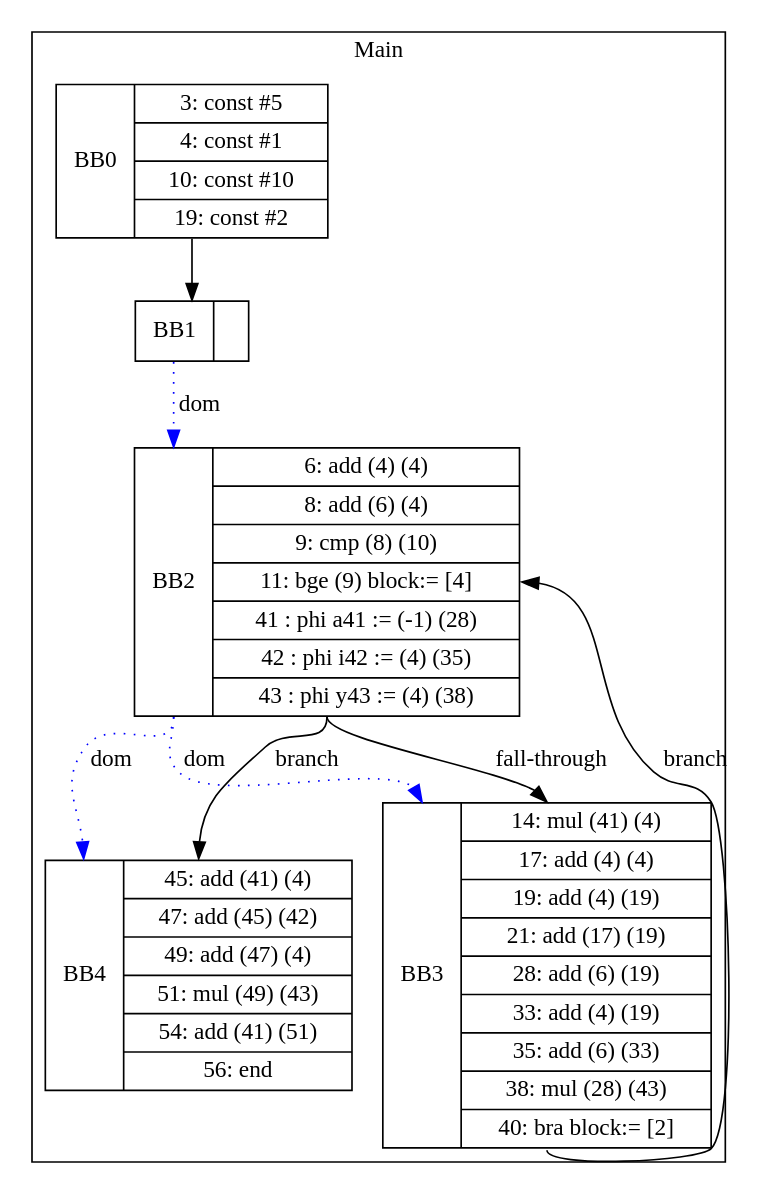
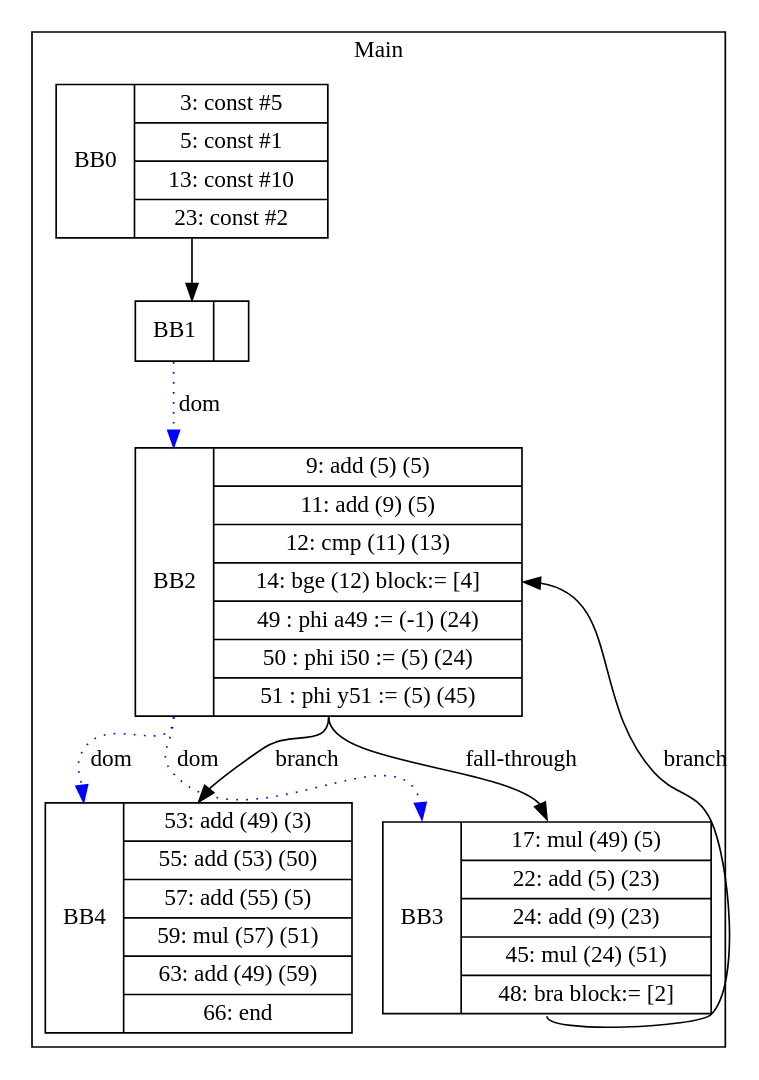
The diagram in visualization/Ricky/whileTests/chainedCSEWhileUninitBody.gv (zjc664656505/UCI-CS241-Advanced-Compiler-main), drawn with Graphviz before and after one commit. The commit also changed 40 other files, not shown here.

```diff
--- a/visualization/Ricky/whileTests/chainedCSEWhileUninitBody.gv
+++ b/visualization/Ricky/whileTests/chainedCSEWhileUninitBody.gv
@@ -1,18 +1,18 @@
 digraph G {
 node [shape=record];
 subgraph cluster_main{
 label = "Main";
-BB0 [shape=record, label="<b>BB0|{3: const #5|4: const #1|10: const #10|19: const #2}"];
+BB0 [shape=record, label="<b>BB0|{3: const #5|5: const #1|13: const #10|23: const #2}"];
 BB1 [shape=record, label="<b>BB1|}"];
-BB2 [shape=record, label="<b>BB2|{6: add (4) (4)|8: add (6) (4)|9: cmp (8) (10)|11: bge (9) block:= [4]|41 : phi a41 := (-1) (28)|42 : phi i42 := (4) (35)|43 : phi y43 := (4) (38)}"];
-BB3 [shape=record, label="<b>BB3|{14: mul (41) (4)|17: add (4) (4)|19: add (4) (19)|21: add (17) (19)|28: add (6) (19)|33: add (4) (19)|35: add (6) (33)|38: mul (28) (43)|40: bra block:= [2]}"];
-BB4 [shape=record, label="<b>BB4|{45: add (41) (4)|47: add (45) (42)|49: add (47) (4)|51: mul (49) (43)|54: add (41) (51)|56: end}"];
+BB2 [shape=record, label="<b>BB2|{9: add (5) (5)|11: add (9) (5)|12: cmp (11) (13)|14: bge (12) block:= [4]|49 : phi a49 := (-1) (24)|50 : phi i50 := (5) (24)|51 : phi y51 := (5) (45)}"];
+BB3 [shape=record, label="<b>BB3|{17: mul (49) (5)|22: add (5) (23)|24: add (9) (23)|45: mul (24) (51)|48: bra block:= [2]}"];
+BB4 [shape=record, label="<b>BB4|{53: add (49) (3)|55: add (53) (50)|57: add (55) (5)|59: mul (57) (51)|63: add (49) (59)|66: end}"];
 }
 BB0:s -> BB1:n ;
 BB2:b -> BB3:b [color=blue, style=dotted, label="dom"];
 BB2:b -> BB4:b [color=blue, style=dotted, label="dom"];
 BB1:b -> BB2:b [color=blue, style=dotted, label="dom"];
 BB2:s -> BB4:n [label="branch"];
 BB3:s -> BB2:e [label="branch"];
 BB2:s -> BB3:n [label="fall-through"];
 }
```
